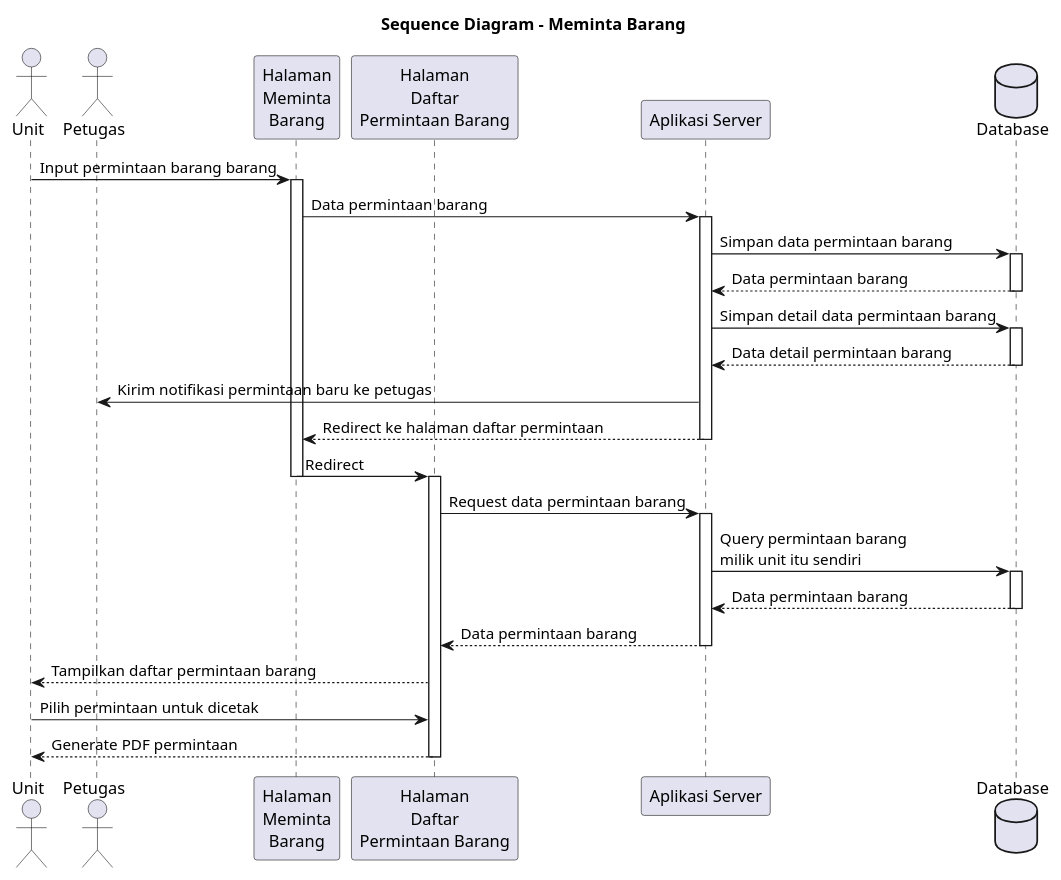
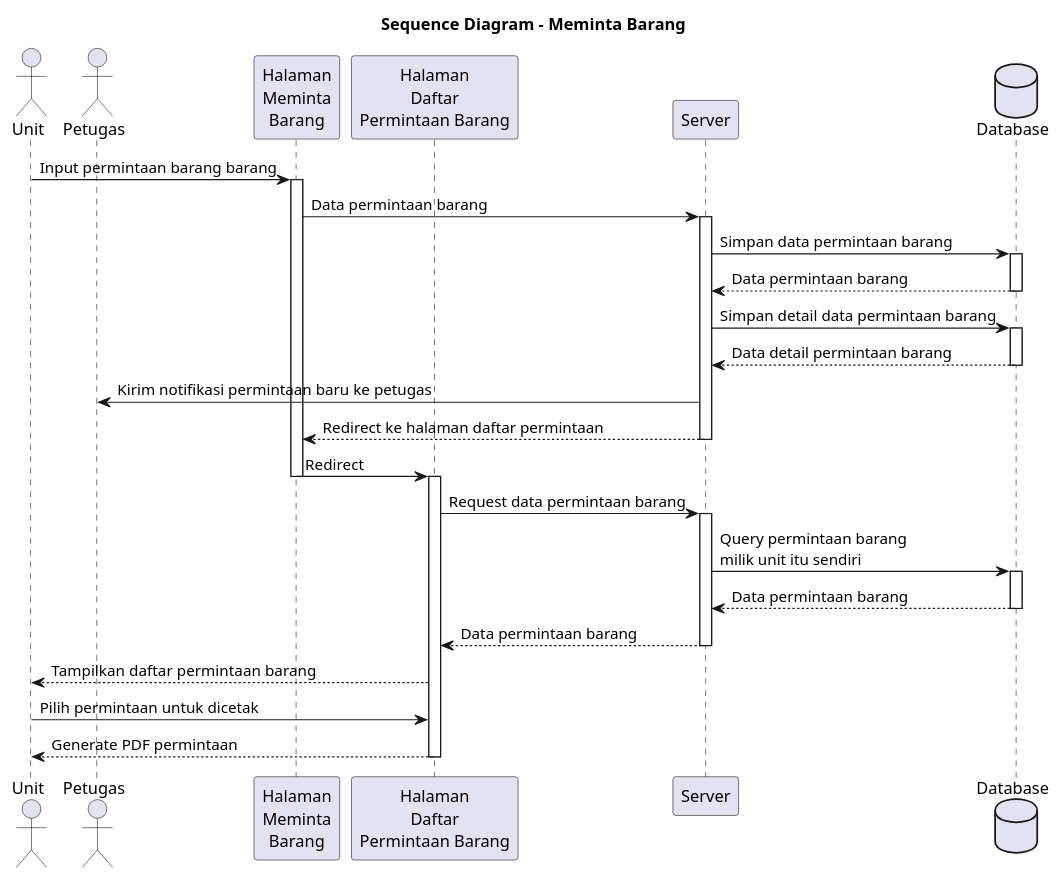
One commit to juntralala/e-atk changed the diagram in docs/sequence/item-request.plantuml. Above: the diagram before and after it, drawn with PlantUML. The commit also changed 38 other files, not shown here.

```diff
--- a/docs/sequence/item-request.plantuml
+++ b/docs/sequence/item-request.plantuml
@@ -1,44 +1,44 @@
 @startuml Sequence Diagram Permintaan Barang
 title Sequence Diagram - Meminta Barang
 actor "Unit" as Unit
 actor "Petugas" as Bendahara
 participant "Halaman\nMeminta\nBarang" as FormulirPermintaan
 participant "Halaman\nDaftar\nPermintaan Barang" as DaftarPermintaan
-participant "Aplikasi Server" as Sistem
+participant "Server" as Sistem
 database "Database" as Database
 
 Unit -> FormulirPermintaan: Input permintaan barang barang
 activate FormulirPermintaan
 FormulirPermintaan -> Sistem: Data permintaan barang
 activate Sistem
 Sistem -> Database: Simpan data permintaan barang
 activate Database
 Database --> Sistem: Data permintaan barang
 deactivate Database
 Sistem -> Database: Simpan detail data permintaan barang
 activate Database
 Database --> Sistem: Data detail permintaan barang
 deactivate Database
 Sistem -> Bendahara: Kirim notifikasi permintaan baru ke petugas
 Sistem --> FormulirPermintaan: Redirect ke halaman daftar permintaan
 deactivate Sistem
 
 FormulirPermintaan -> DaftarPermintaan: Redirect
 deactivate FormulirPermintaan
 activate DaftarPermintaan
 DaftarPermintaan -> Sistem: Request data permintaan barang
 activate Sistem
 Sistem -> Database: Query permintaan barang \nmilik unit itu sendiri
 activate Database
 Database --> Sistem: Data permintaan barang
 deactivate Database
 Sistem --> DaftarPermintaan: Data permintaan barang
 deactivate Sistem
 DaftarPermintaan --> Unit: Tampilkan daftar permintaan barang
 
 Unit -> DaftarPermintaan: Pilih permintaan untuk dicetak
 DaftarPermintaan --> Unit: Generate PDF permintaan
 deactivate DaftarPermintaan
 deactivate FormulirPermintaan
 
 @enduml
```
